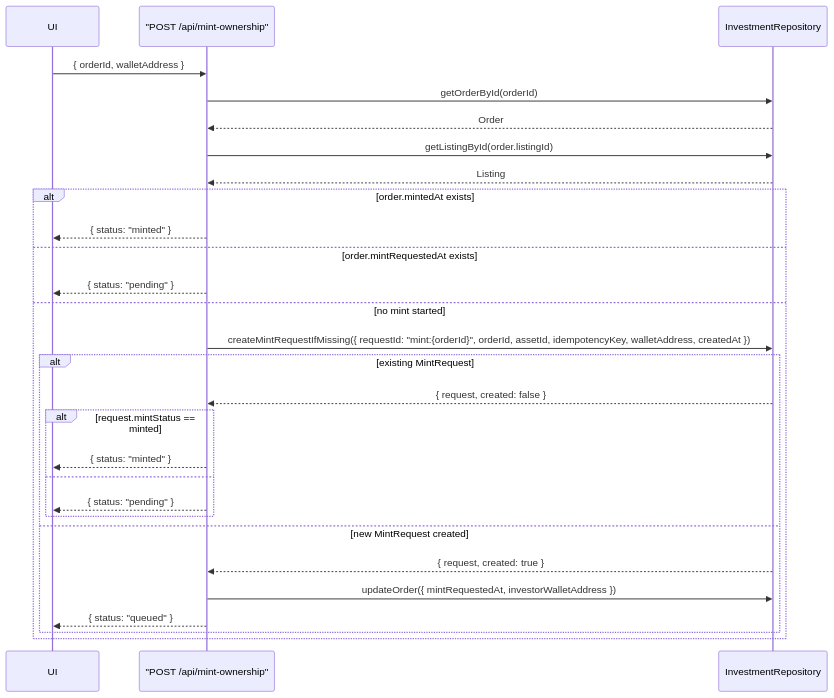
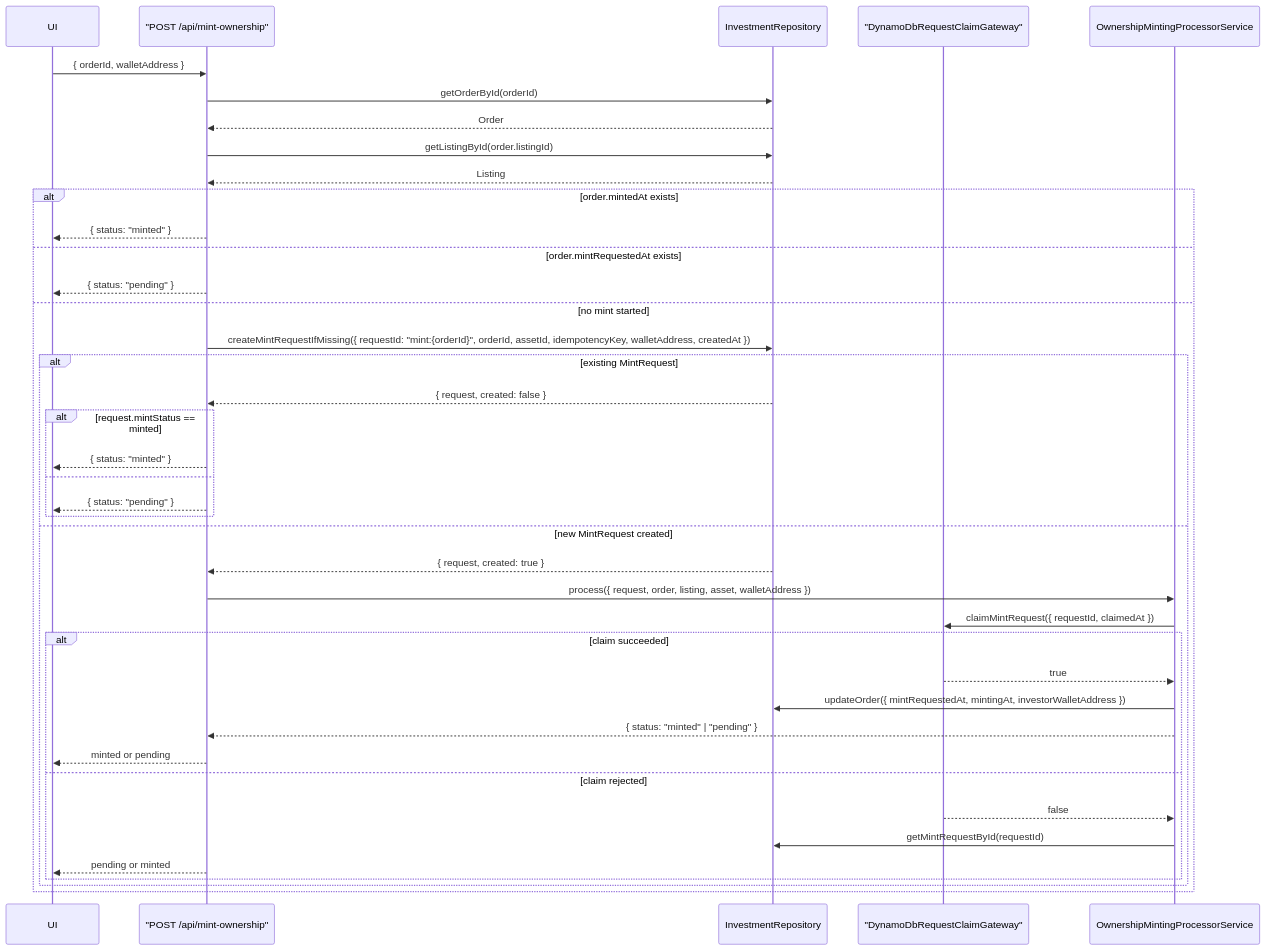
Before and after one commit to j4nos/cz: diagram 15 of 35 in specs/13 - use cases sequence.md, drawn with Mermaid. The commit also changed other lines of this file and 96 other files, not shown here.

````diff
--- a/specs/13 - use cases sequence.md
+++ b/specs/13 - use cases sequence.md
@@ -302,31 +310,43 @@
 ```mermaid
 sequenceDiagram
   participant UI
   participant MintOwnershipAPI as "POST /api/mint-ownership"
   participant InvestmentRepository
+  participant RequestClaimPort as "DynamoDbRequestClaimGateway"
+  participant OwnershipMintingProcessorService
 
   UI->>MintOwnershipAPI: { orderId, walletAddress }
   MintOwnershipAPI->>InvestmentRepository: getOrderById(orderId)
   InvestmentRepository-->>MintOwnershipAPI: Order
   MintOwnershipAPI->>InvestmentRepository: getListingById(order.listingId)
   InvestmentRepository-->>MintOwnershipAPI: Listing
   alt order.mintedAt exists
     MintOwnershipAPI-->>UI: { status: "minted" }
   else order.mintRequestedAt exists
     MintOwnershipAPI-->>UI: { status: "pending" }
   else no mint started
     MintOwnershipAPI->>InvestmentRepository: createMintRequestIfMissing({ requestId: "mint:{orderId}", orderId, assetId, idempotencyKey, walletAddress, createdAt })
     alt existing MintRequest
       InvestmentRepository-->>MintOwnershipAPI: { request, created: false }
       alt request.mintStatus == minted
         MintOwnershipAPI-->>UI: { status: "minted" }
       else
         MintOwnershipAPI-->>UI: { status: "pending" }
       end
     else new MintRequest created
       InvestmentRepository-->>MintOwnershipAPI: { request, created: true }
-      MintOwnershipAPI->>InvestmentRepository: updateOrder({ mintRequestedAt, investorWalletAddress })
-      MintOwnershipAPI-->>UI: { status: "queued" }
+      MintOwnershipAPI->>OwnershipMintingProcessorService: process({ request, order, listing, asset, walletAddress })
+      OwnershipMintingProcessorService->>RequestClaimPort: claimMintRequest({ requestId, claimedAt })
+      alt claim succeeded
+        RequestClaimPort-->>OwnershipMintingProcessorService: true
+        OwnershipMintingProcessorService->>InvestmentRepository: updateOrder({ mintRequestedAt, mintingAt, investorWalletAddress })
+        OwnershipMintingProcessorService-->>MintOwnershipAPI: { status: "minted" | "pending" }
+        MintOwnershipAPI-->>UI: minted or pending
+      else claim rejected
+        RequestClaimPort-->>OwnershipMintingProcessorService: false
+        OwnershipMintingProcessorService->>InvestmentRepository: getMintRequestById(requestId)
+        MintOwnershipAPI-->>UI: pending or minted
+      end
     end
   end
 ```
````
